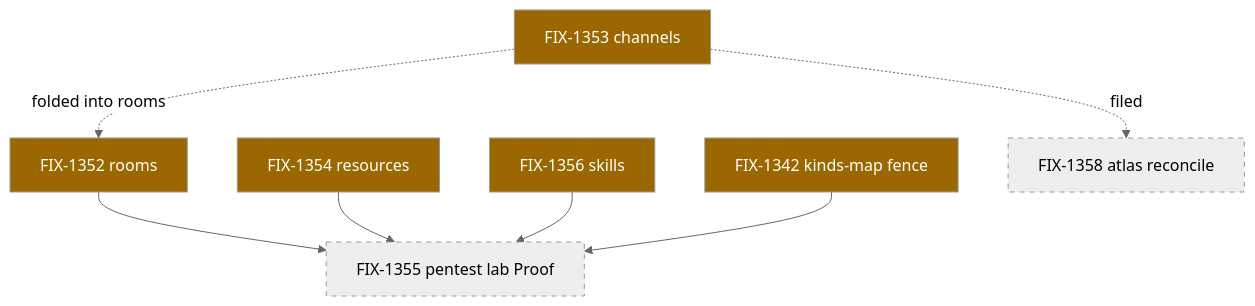
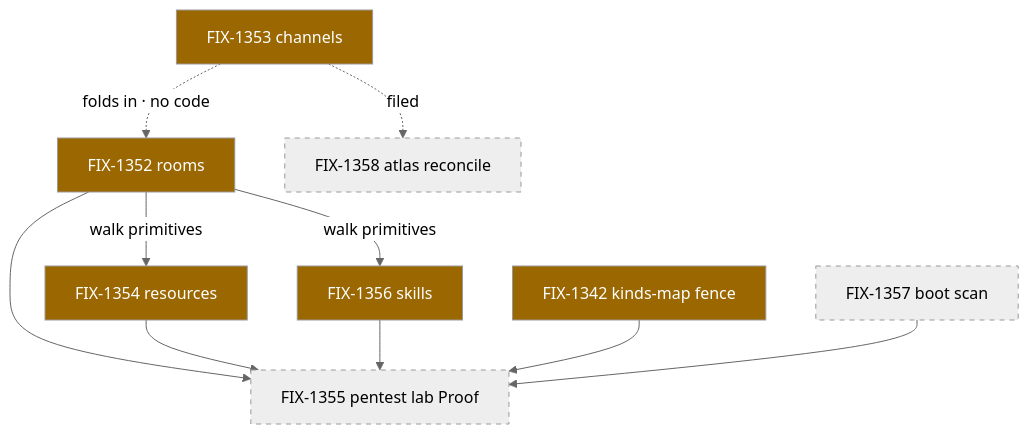
One commit to fixpoint-labs/flow-state-dev changed the third of 4 diagrams in spec/_epics/file-convention-surface.explainer.md. Above: the diagram before and after it, drawn with Mermaid (neutral theme). The commit also changed other lines of this file, not shown here.

Commit message:
spec(epic): bring panel 3 up to the PR's node set (FIX-1351)
The epic PR's own issue graph was more complete than the panel I drew — it
carries FIX-1357 and the walk-primitive edges from rooms into resources and
skills. Shipping a weaker panel beside it would have been worse than no panel.

Panel 3 now uses that node set and adds what the PR diagram lacks: the three
coarse states. The FIX-1357 dependency is the epic-spec's claim from the
record, not one I invented — which is why I left it out first time and take
it now.

Verified: 281 prose words of 400, 4 fences balanced, no unquoted risky
labels, 6/5/8/5 nodes (ceiling 10).

Claude-Session: https://claude.ai/code/session_01MpacHaJN9Rba13WrsPJosZ

````diff
--- a/spec/_epics/file-convention-surface.explainer.md
+++ b/spec/_epics/file-convention-surface.explainer.md
@@ -42,13 +42,16 @@
 ```mermaid
 flowchart TD
-  R["FIX-1352 rooms"] --> LAB["FIX-1355 pentest lab Proof"]
-  RES["FIX-1354 resources"] --> LAB
-  SK["FIX-1356 skills"] --> LAB
+  C["FIX-1353 channels"] -.->|"folds in · no code"| R["FIX-1352 rooms"]
+  C -.->|"filed"| ATL["FIX-1358 atlas reconcile"]
+  R -->|"walk primitives"| RES["FIX-1354 resources"]
+  R -->|"walk primitives"| SK["FIX-1356 skills"]
+  R --> LAB["FIX-1355 pentest lab Proof"]
+  RES --> LAB
+  SK --> LAB
   K["FIX-1342 kinds-map fence"] --> LAB
-  C["FIX-1353 channels"] -.->|"folded into rooms"| R
-  C -.->|"filed"| A["FIX-1358 atlas reconcile"]
+  BOOT["FIX-1357 boot scan"] --> LAB
   classDef inflight fill:#9a6700,color:#fff
   classDef todo stroke-dasharray:5 5
   class R,RES,SK,K,C inflight
-  class LAB,A todo
+  class LAB,ATL,BOOT todo
 ```
````
